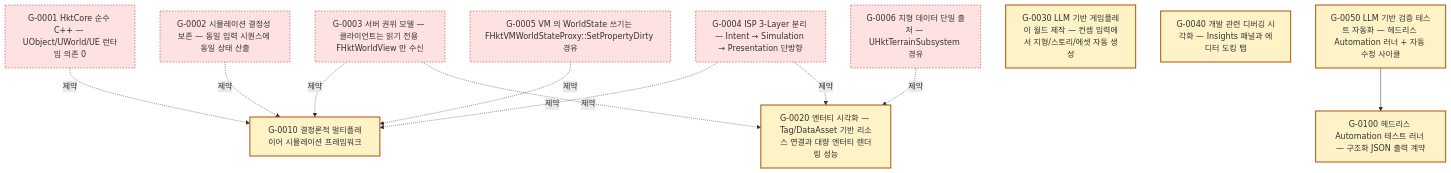
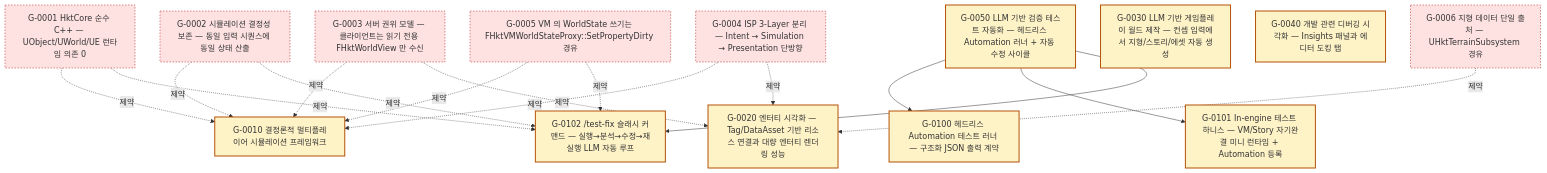
Before and after one commit to dkwkekzz/HktFramework: the diagram in Docs/goals/graph.mmd, drawn with Mermaid. The commit also changed 5 other files, not shown here.

First line of the commit message:
feat(goal-system): G-0101 / G-0102 시스템 goal 추가 — 하니스 + LLM 수정 루프

```diff
--- a/Docs/goals/graph.mmd
+++ b/Docs/goals/graph.mmd
@@ -1,25 +1,32 @@
-%% 자동 생성 — 직접 수정 금지. Last generated: 2026-05-06T06:14:08+00:00
+%% 자동 생성 — 직접 수정 금지. Last generated: 2026-05-06T06:59:10+00:00
 graph TD
   G0001["G-0001 HktCore 순수 C++ — UObject/UWorld/UE 런타임 의존 0"]:::constraint
   G0002["G-0002 시뮬레이션 결정성 보존 — 동일 입력 시퀀스에 동일 상태 산출"]:::constraint
   G0003["G-0003 서버 권위 모델 — 클라이언트는 읽기 전용 FHktWorldView 만 수신"]:::constraint
   G0004["G-0004 ISP 3-Layer 분리 — Intent → Simulation → Presentation 단방향"]:::constraint
   G0005["G-0005 VM 의 WorldState 쓰기는 FHktVMWorldStateProxy::SetPropertyDirty 경유"]:::constraint
   G0006["G-0006 지형 데이터 단일 출처 — UHktTerrainSubsystem 경유"]:::constraint
   G0010["G-0010 결정론적 멀티플레이어 시뮬레이션 프레임워크"]:::pillar
   G0020["G-0020 엔터티 시각화 — Tag/DataAsset 기반 리소스 연결과 대량 엔터티 렌더링 성능"]:::pillar
   G0030["G-0030 LLM 기반 게임플레이 월드 제작 — 컨셉 입력에서 지형/스토리/에셋 자동 생성"]:::pillar
   G0040["G-0040 개발 관련 디버깅 시각화 — Insights 패널과 에디터 도킹 탭"]:::pillar
   G0050["G-0050 LLM 기반 검증 테스트 자동화 — 헤드리스 Automation 러너 + 자동 수정 사이클"]:::pillar
   G0100["G-0100 헤드리스 Automation 테스트 러너 — 구조화 JSON 출력 계약"]:::pillar
+  G0101["G-0101 In-engine 테스트 하니스 — VM/Story 자기완결 미니 런타임 + Automation 등록"]:::pillar
+  G0102["G-0102 /test-fix 슬래시 커맨드 — 실행→분석→수정→재실행 LLM 자동 루프"]:::pillar
   G0050 --> G0100
+  G0050 --> G0101
+  G0050 --> G0102
   G0001 -. 제약 .-> G0010
   G0002 -. 제약 .-> G0010
   G0003 -. 제약 .-> G0010
   G0004 -. 제약 .-> G0010
   G0005 -. 제약 .-> G0010
   G0003 -. 제약 .-> G0020
   G0004 -. 제약 .-> G0020
   G0006 -. 제약 .-> G0020
+  G0001 -. 제약 .-> G0102
+  G0002 -. 제약 .-> G0102
+  G0005 -. 제약 .-> G0102
   classDef pillar fill:#fef3c7,stroke:#b45309,stroke-width:2px;
   classDef constraint fill:#fee2e2,stroke:#b91c1c,stroke-width:1px,stroke-dasharray: 3 3;
```
